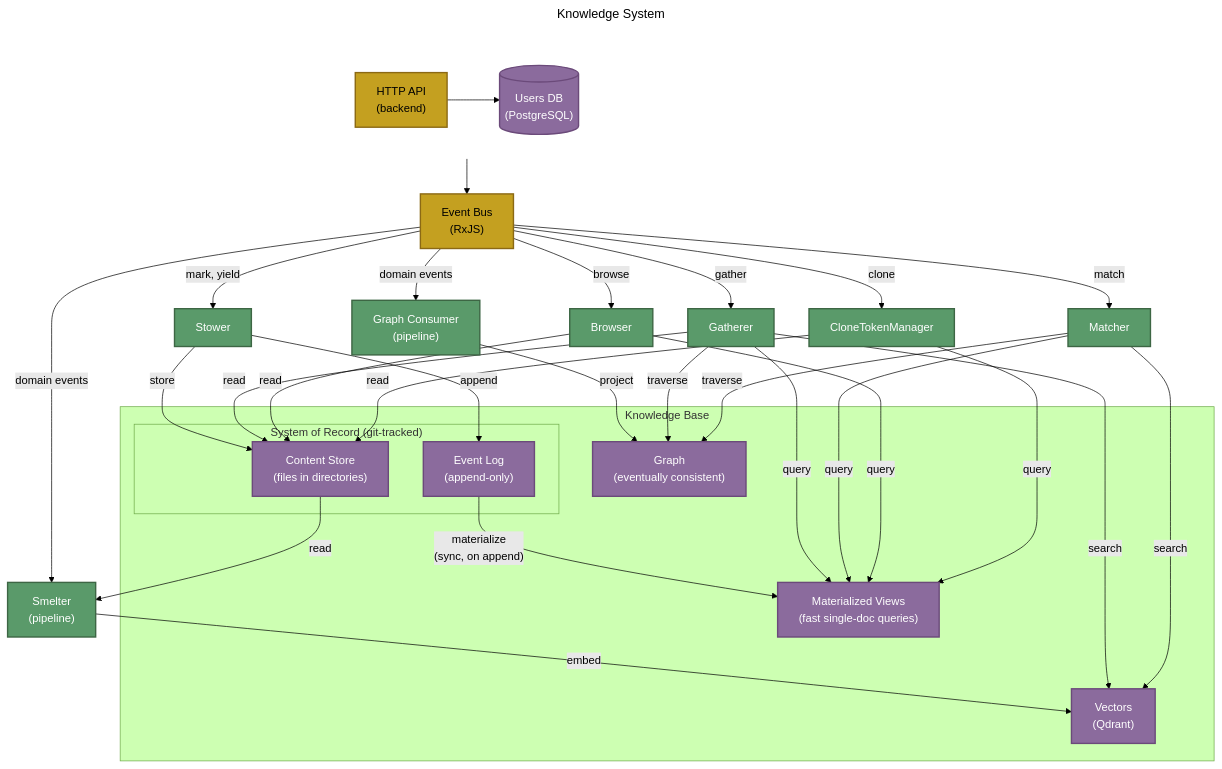
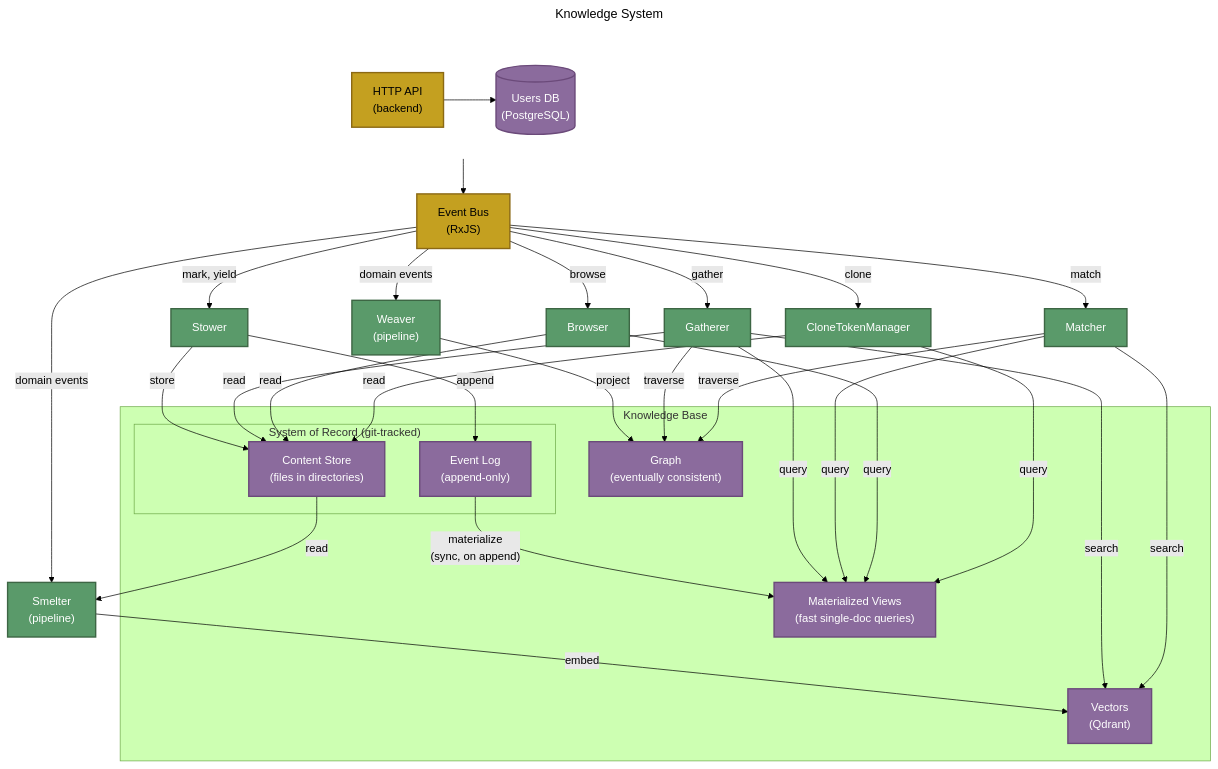
Before and after one commit to The-AI-Alliance/semiont: the diagram in docs/system/KNOWLEDGE-SYSTEM.md, drawn with Mermaid (forest theme). The commit also changed other lines of this file and 47 other files, not shown here.

Commit message:
graph consumer -> weaver (#982)

````diff
--- a/docs/system/KNOWLEDGE-SYSTEM.md
+++ b/docs/system/KNOWLEDGE-SYSTEM.md
@@ -18,67 +18,67 @@
 ```mermaid
 ---
 title: Knowledge System
 ---
 graph TB
     subgraph top [" "]
         direction LR
         API["HTTP API<br/>(backend)"]
         DB[("Users DB<br/>(PostgreSQL)")]
     end
     BE["Event Bus<br/>(RxJS)"]
 
     API --> BE
     API --> DB
 
     BE -->|"mark, yield"| STOWER["Stower"]
     BE -->|"gather"| GATHERER["Gatherer"]
     BE -->|"match"| MATCHER["Matcher"]
     BE -->|"browse"| BROWSER["Browser"]
     BE -->|"clone"| CTM["CloneTokenManager"]
-    BE -->|"domain events"| GC["Graph Consumer<br/>(pipeline)"]
+    BE -->|"domain events"| WEAVER["Weaver<br/>(pipeline)"]
     BE -->|"domain events"| SMELTER["Smelter<br/>(pipeline)"]
 
     STOWER -->|append| EVENTLOG
     STOWER -->|store| CONTENT
 
-    GC -->|project| GRAPH
+    WEAVER -->|project| GRAPH
     SMELTER -->|embed| VECTORS
     CONTENT -->|read| SMELTER
 
     subgraph kb ["Knowledge Base"]
         subgraph sor ["System of Record (git-tracked)"]
             EVENTLOG["Event Log<br/>(append-only)"]
             CONTENT["Content Store<br/>(files in directories)"]
         end
         VIEWS["Materialized Views<br/>(fast single-doc queries)"]
         GRAPH["Graph<br/>(eventually consistent)"]
         VECTORS["Vectors<br/>(Qdrant)"]
 
         EVENTLOG -->|"materialize<br/>(sync, on append)"| VIEWS
     end
 
     GATHERER -->|query| VIEWS
     GATHERER -->|read| CONTENT
     GATHERER -->|traverse| GRAPH
     GATHERER -->|search| VECTORS
 
     MATCHER -->|query| VIEWS
     MATCHER -->|traverse| GRAPH
     MATCHER -->|search| VECTORS
 
     BROWSER -->|query| VIEWS
     BROWSER -->|read| CONTENT
 
     CTM -->|query| VIEWS
     CTM -->|read| CONTENT
 
     classDef backend fill:#c4a020,stroke:#8b6914,stroke-width:2px,color:#000
     classDef store fill:#8b6b9d,stroke:#6b4a7a,stroke-width:2px,color:#fff
     classDef worker fill:#5a9a6a,stroke:#3d6644,stroke-width:2px,color:#fff
 
     class API,BE backend
     class DB,EVENTLOG,VIEWS,CONTENT,GRAPH,VECTORS store
-    class STOWER,GATHERER,MATCHER,BROWSER,CTM,GC,SMELTER worker
+    class STOWER,GATHERER,MATCHER,BROWSER,CTM,WEAVER,SMELTER worker
 
     style top fill:none,stroke:none
 ```
````
